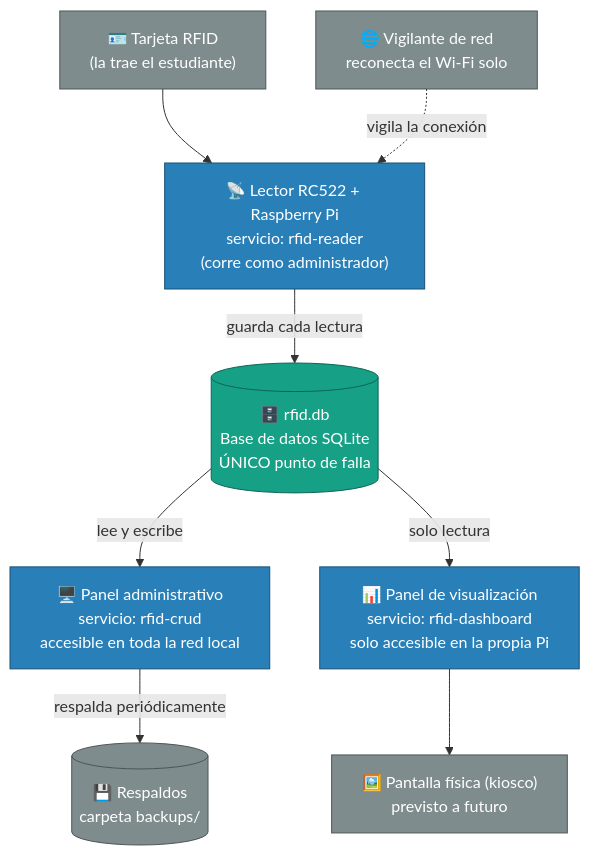
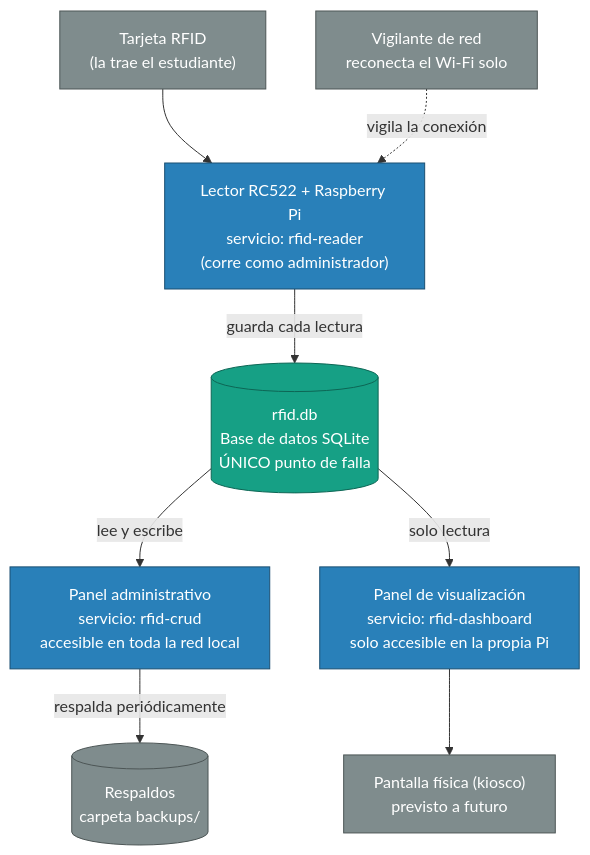
One commit to AdrianMorenoM/rfid-attendance-system changed the first of 5 diagrams in README.md. Above: the diagram before and after it, drawn with Mermaid. The commit also changed other lines of this file, not shown here.

````diff
--- a/README.md
+++ b/README.md
@@ -89,17 +89,17 @@
 ```mermaid
 flowchart TD
-    A["🪪 Tarjeta RFID<br/>(la trae el estudiante)"] --> B["📡 Lector RC522 + Raspberry Pi<br/>servicio: rfid-reader<br/>(corre como administrador)"]
-    B -->|"guarda cada lectura"| C[("🗄️ rfid.db<br/>Base de datos SQLite<br/>ÚNICO punto de falla")]
-    C -->|"lee y escribe"| D["🖥️ Panel administrativo<br/>servicio: rfid-crud<br/>accesible en toda la red local"]
-    C -->|"solo lectura"| E["📊 Panel de visualización<br/>servicio: rfid-dashboard<br/>solo accesible en la propia Pi"]
-    E --> F["🖼️ Pantalla física (kiosco)<br/>previsto a futuro"]
-    G["🌐 Vigilante de red<br/>reconecta el Wi-Fi solo"] -.->|"vigila la conexión"| B
-    D -->|"respalda periódicamente"| H[("💾 Respaldos<br/>carpeta backups/")]
+    A["Tarjeta RFID<br/>(la trae el estudiante)"] --> B["Lector RC522 + Raspberry Pi<br/>servicio: rfid-reader<br/>(corre como administrador)"]
+    B -->|"guarda cada lectura"| C[("rfid.db<br/>Base de datos SQLite<br/>ÚNICO punto de falla")]
+    C -->|"lee y escribe"| D["Panel administrativo<br/>servicio: rfid-crud<br/>accesible en toda la red local"]
+    C -->|"solo lectura"| E["Panel de visualización<br/>servicio: rfid-dashboard<br/>solo accesible en la propia Pi"]
+    E --> F["Pantalla física (kiosco)<br/>previsto a futuro"]
+    G["Vigilante de red<br/>reconecta el Wi-Fi solo"] -.->|"vigila la conexión"| B
+    D -->|"respalda periódicamente"| H[("Respaldos<br/>carpeta backups/")]
 
     classDef db fill:#16A085,stroke:#0e6655,color:#fff
     classDef svc fill:#2980B9,stroke:#1b4f72,color:#fff
     classDef ext fill:#7F8C8D,stroke:#4d5656,color:#fff
     class C db
     class B,D,E svc
     class A,F,G,H ext
 ```
````
